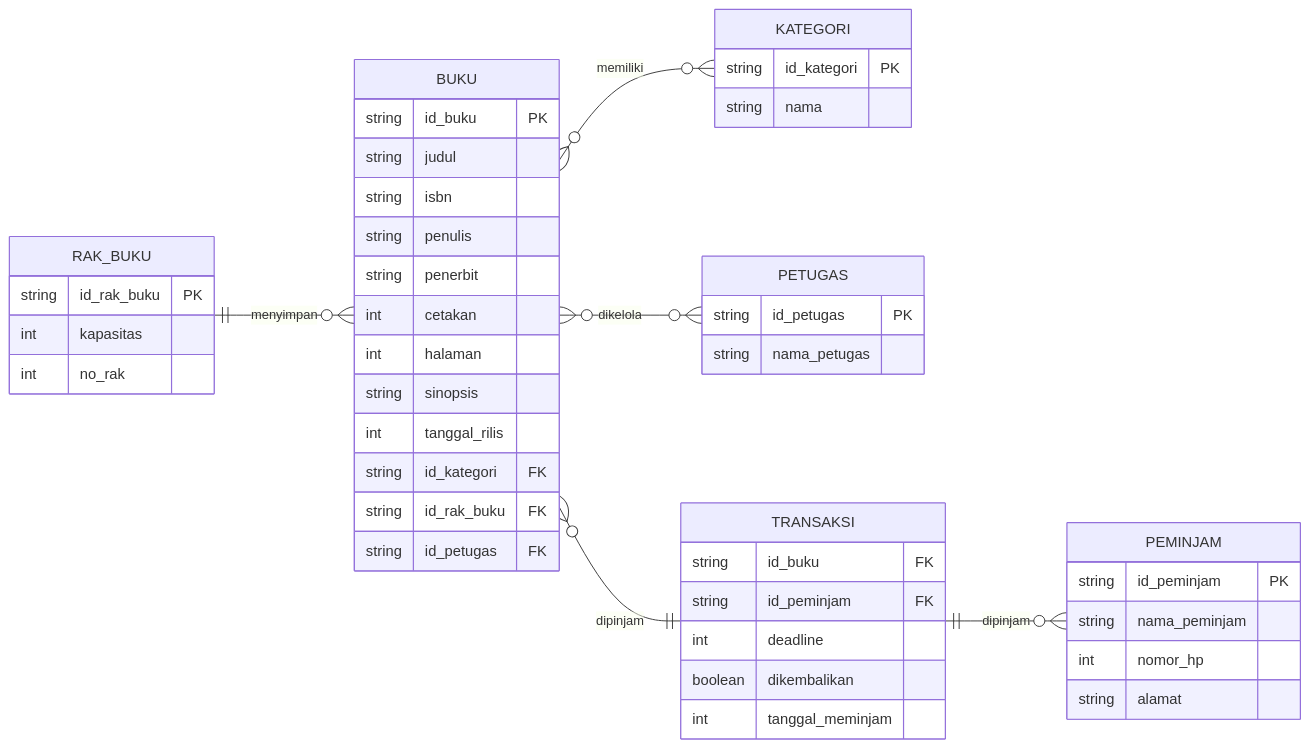
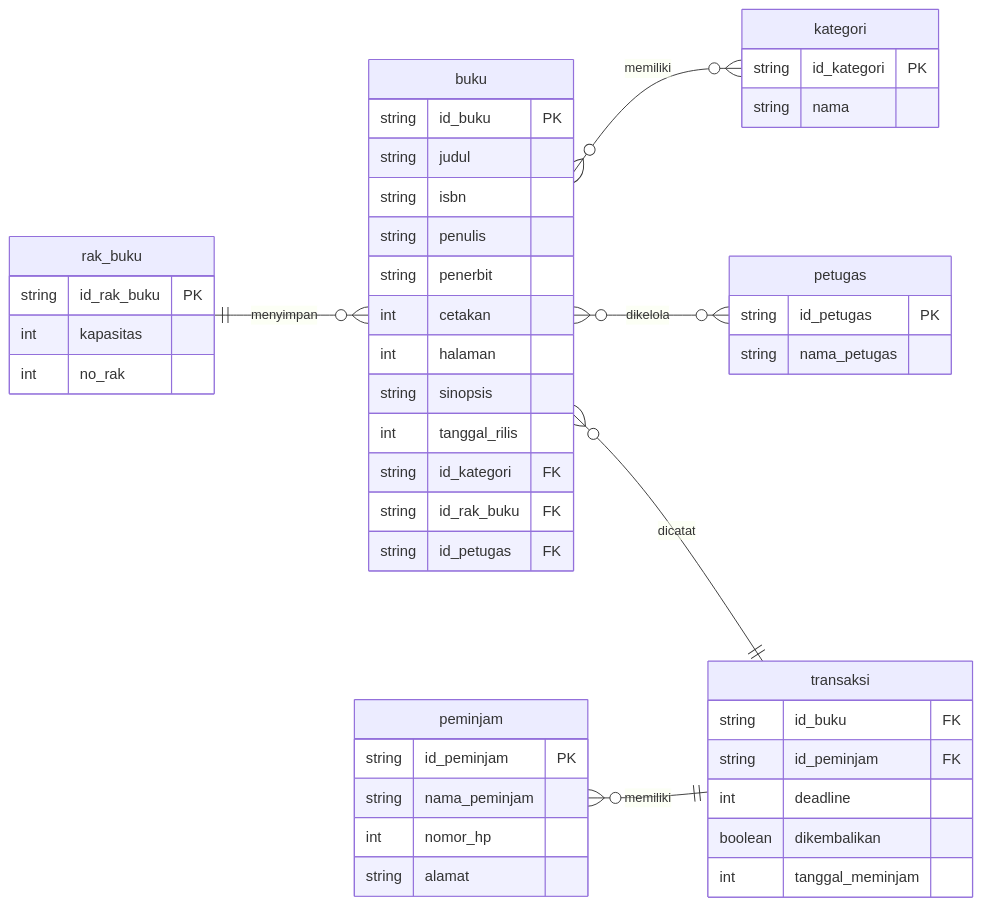
One commit to VsalCode/fgo24-db-erd changed the diagram in README.md. Above: the diagram before and after it, drawn with Mermaid.

Commit message:
fix: description table relation & entitiy naming convetion

````diff
--- a/README.md
+++ b/README.md
@@ -3,51 +3,51 @@
 ```mermaid
    erDiagram
     direction LR
-    BUKU }o--o{ KATEGORI : " memiliki "
-    BUKU }o--o{ PETUGAS : " dikelola "
-    BUKU }o--|| TRANSAKSI : " dipinjam "
-    BUKU {
+    buku }o--o{ kategori : " memiliki "
+    buku }o--o{ petugas : " dikelola "
+    buku }o--|| transaksi : " dicatat "
+    buku {
         string id_buku PK
         string judul
         string isbn
         string penulis
         string penerbit
         int cetakan
         int halaman
         string sinopsis
         int tanggal_rilis
         string id_kategori FK
         string id_rak_buku FK
         string id_petugas FK
     }
-    PEMINJAM {
+    peminjam }o--|| transaksi : "memiliki"
+    peminjam {
         string id_peminjam PK
         string nama_peminjam
         int nomor_hp
         string alamat
     }
-    TRANSAKSI ||--o{ PEMINJAM : " dipinjam "
-    TRANSAKSI {
+    transaksi {
         string id_buku FK
         string id_peminjam FK
         int deadline
         boolean dikembalikan
         int tanggal_meminjam
     }
-    PETUGAS {
+    petugas {
         string id_petugas PK
         string nama_petugas
     }
-    KATEGORI {
+    kategori {
         string id_kategori PK
         string nama
     }
-    RAK_BUKU ||--o{ BUKU : " menyimpan "
-    RAK_BUKU {
+    rak_buku ||--o{ buku : " menyimpan "
+    rak_buku {
         string id_rak_buku PK
         int kapasitas
         int no_rak
     }
     
 
 ```
````
